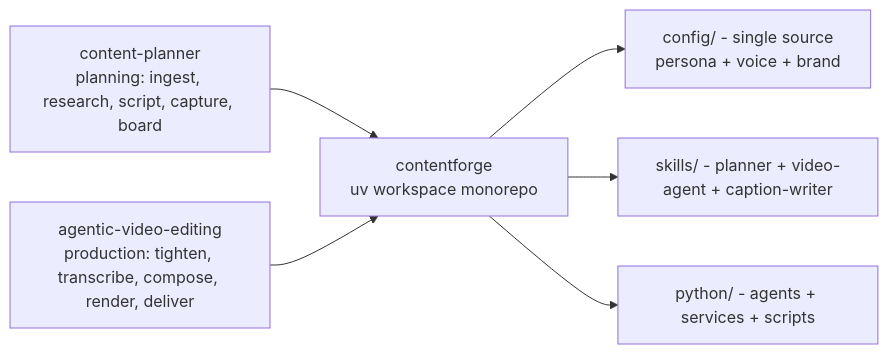
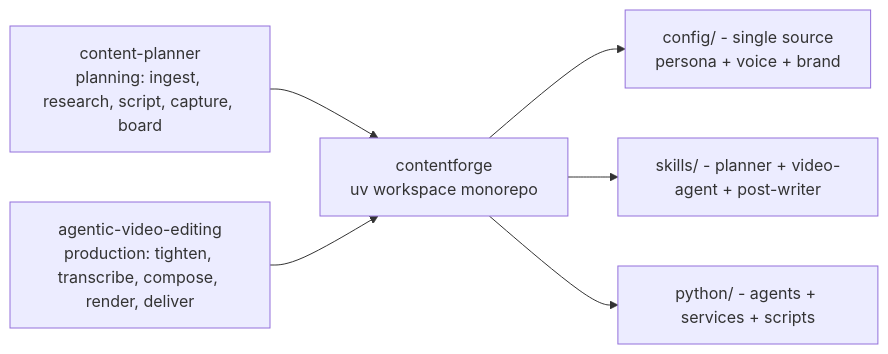
The third of 4 diagrams in .qwen/plans/plan.md (noah-sheldon/contentforge), drawn with Mermaid before and after one commit. The commit also changed other lines of this file and 21 other files, not shown here.

````diff
--- a/.qwen/plans/plan.md
+++ b/.qwen/plans/plan.md
@@ -92,8 +92,8 @@
 ```mermaid
 flowchart LR
     A[content-planner<br/>planning: ingest, research, script, capture, board] --> M[contentforge<br/>uv workspace monorepo]
     B[agentic-video-editing<br/>production: tighten, transcribe, compose, render, deliver] --> M
     M --> C[config/ - single source<br/>persona + voice + brand]
-    M --> D[skills/ - planner + video-agent + caption-writer]
+    M --> D[skills/ - planner + video-agent + post-writer]
     M --> E[python/ - agents + services + scripts]
 ```
````
